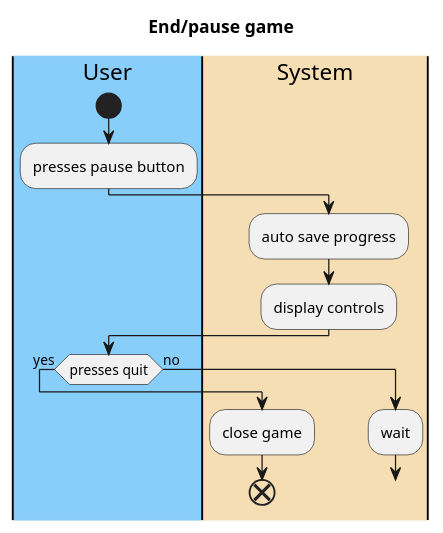
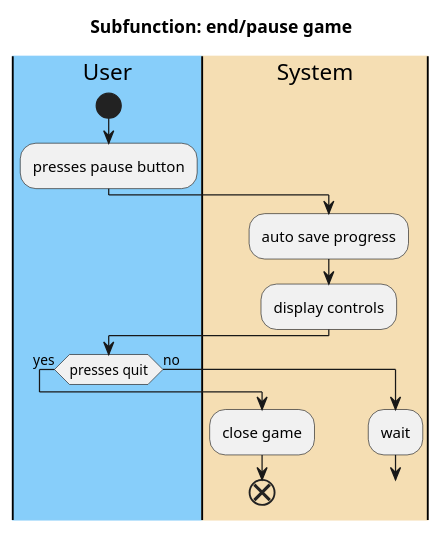
The second of 2 diagrams in CMPU_203_PirateGame/doc/use-cases/Game_Management.md (emutchek/MaraudersAtSea), drawn with PlantUML before and after one commit. The commit also changed other lines of this file, not shown here.

````diff
--- a/CMPU_203_PirateGame/doc/use-cases/Game_Management.md
+++ b/CMPU_203_PirateGame/doc/use-cases/Game_Management.md
@@ -47,23 +48,23 @@
 ```PlantUML
 @startuml
-title End/pause game
+title Subfunction: end/pause game
 |#LightSkyBlue|User|
 |#Wheat|System|
 
 |User|
 start
 :presses pause button;
 |System|
 :auto save progress;
 :display controls;
 |User|
 if (presses quit) then (yes)
     |System|
     :close game;
     end
 else (no)
     :wait;
     break;
 endif
 @enduml
 ```
````
